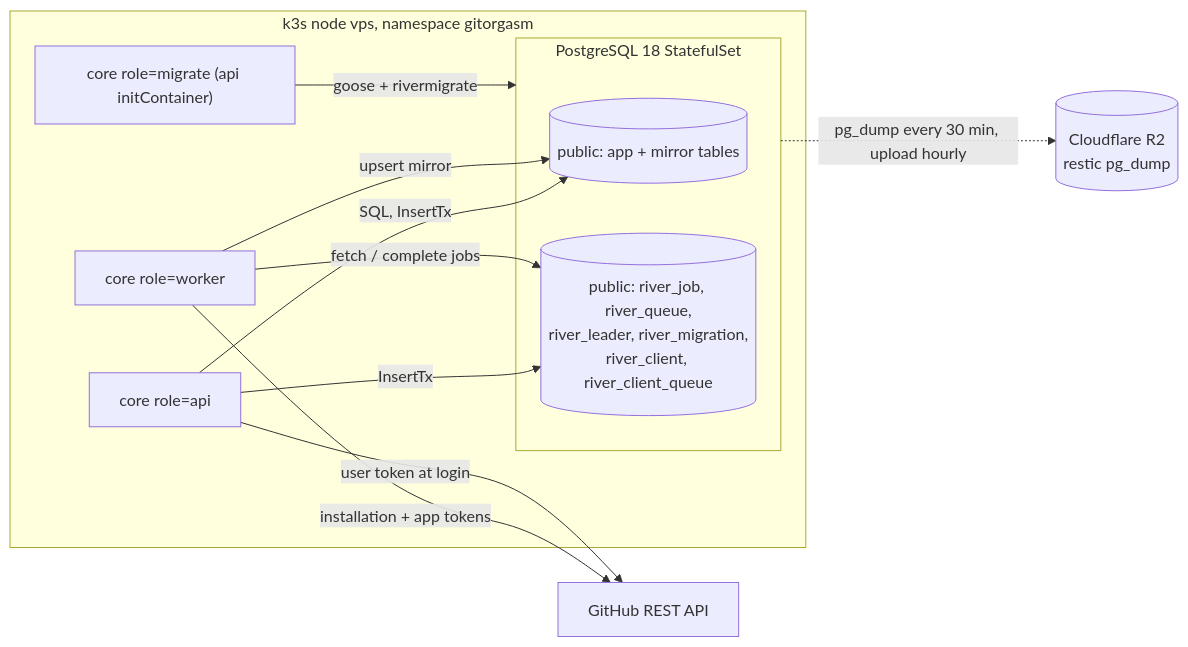
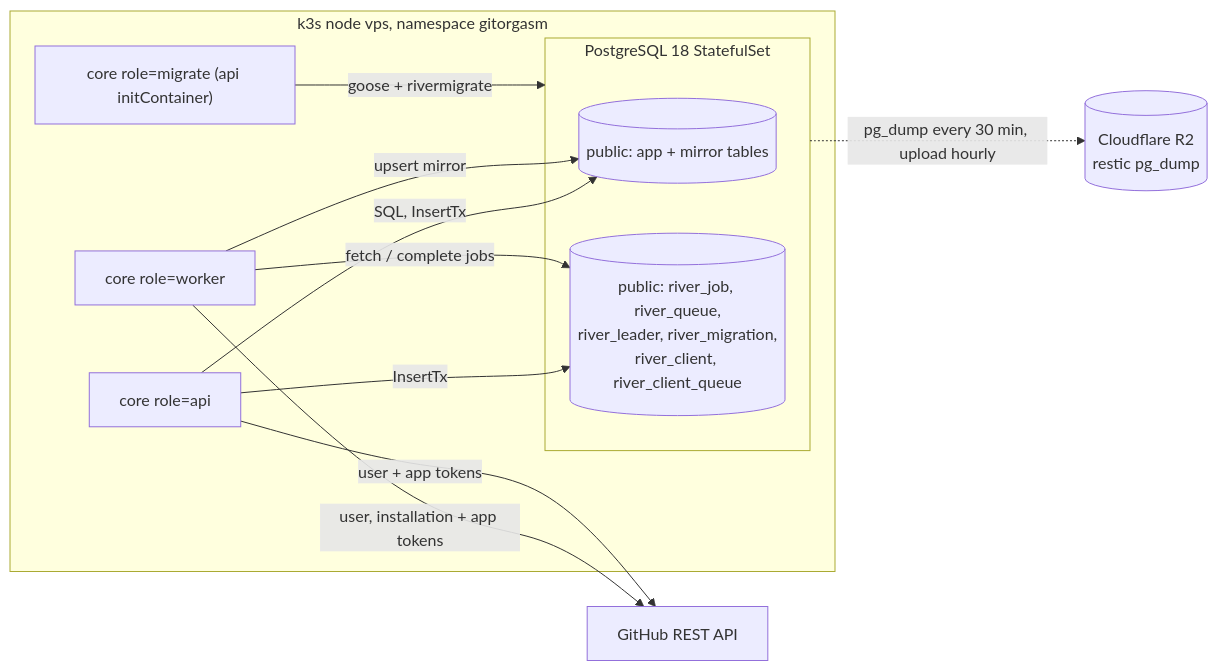
One commit to upayanmazumder/gitorgasm changed the diagram in docs/architecture/data-architecture.md. Above: the diagram before and after it, drawn with Mermaid. The commit also changed other lines of this file and 136 other files, not shown here.

````diff
--- a/docs/architecture/data-architecture.md
+++ b/docs/architecture/data-architecture.md
@@ -17,22 +17,22 @@
 ```mermaid
 flowchart LR
   subgraph k3s["k3s node vps, namespace gitorgasm"]
     API["core role=api"]
     WRK["core role=worker"]
     MIG["core role=migrate (api initContainer)"]
     subgraph PG["PostgreSQL 18 StatefulSet"]
       APP[("public: app + mirror tables")]
       RQ[("public: river_job, river_queue,<br/>river_leader, river_migration,<br/>river_client, river_client_queue")]
     end
   end
   GH["GitHub REST API"]
   R2[("Cloudflare R2<br/>restic pg_dump")]
   API -- "SQL, InsertTx" --> APP
   API -- "InsertTx" --> RQ
   WRK -- "fetch / complete jobs" --> RQ
   WRK -- "upsert mirror" --> APP
-  WRK -- "installation + app tokens" --> GH
-  API -- "user token at login" --> GH
+  WRK -- "user, installation + app tokens" --> GH
+  API -- "user + app tokens" --> GH
   MIG -- "goose + rivermigrate" --> PG
   PG -. "pg_dump every 30 min, upload hourly" .-> R2
 ```
````
